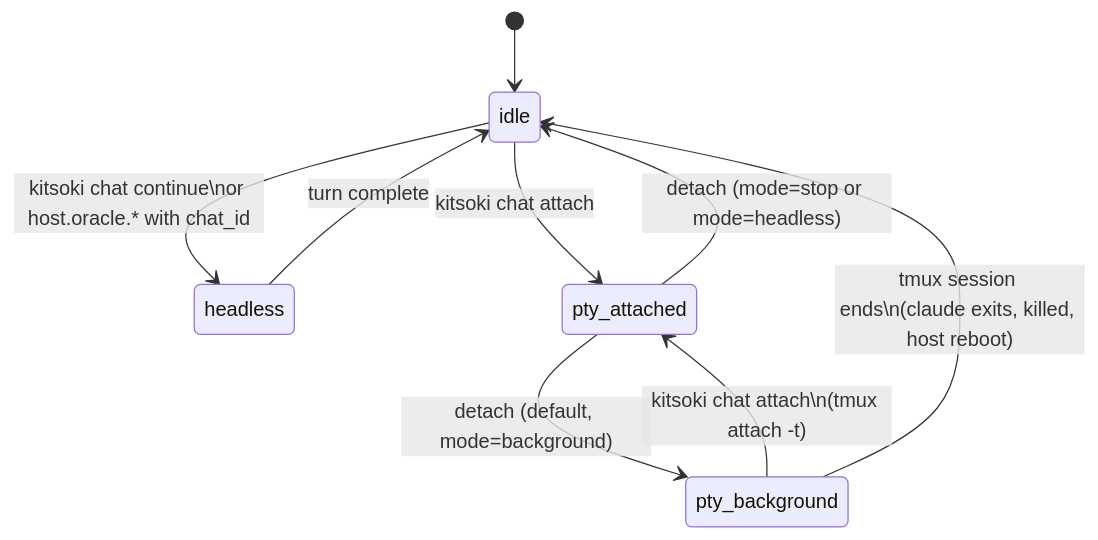
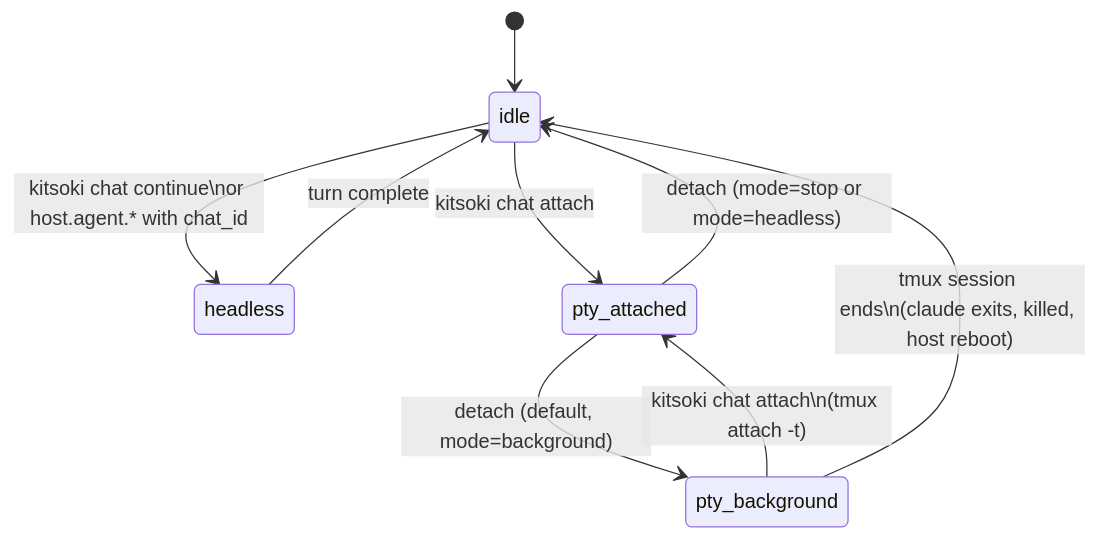
Before and after one commit to constructorfabric/Kitsoki: the diagram in docs/proposals/claude-code-sessions-proposal.md, drawn with Mermaid. The commit also changed other lines of this file and 1166 other files, not shown here.

Commit message:
Rename oracle terminology to agent

````diff
--- a/docs/proposals/claude-code-sessions-proposal.md
+++ b/docs/proposals/claude-code-sessions-proposal.md
@@ -309,11 +309,11 @@
 ```mermaid
 stateDiagram-v2
     [*] --> idle
-    idle --> headless: kitsoki chat continue\nor host.oracle.* with chat_id
+    idle --> headless: kitsoki chat continue\nor host.agent.* with chat_id
     headless --> idle: turn complete
     idle --> pty_attached: kitsoki chat attach
     pty_attached --> pty_background: detach (default, mode=background)
     pty_attached --> idle: detach (mode=stop or mode=headless)
     pty_background --> pty_attached: kitsoki chat attach\n(tmux attach -t)
     pty_background --> idle: tmux session ends\n(claude exits, killed, host reboot)
 ```
````
